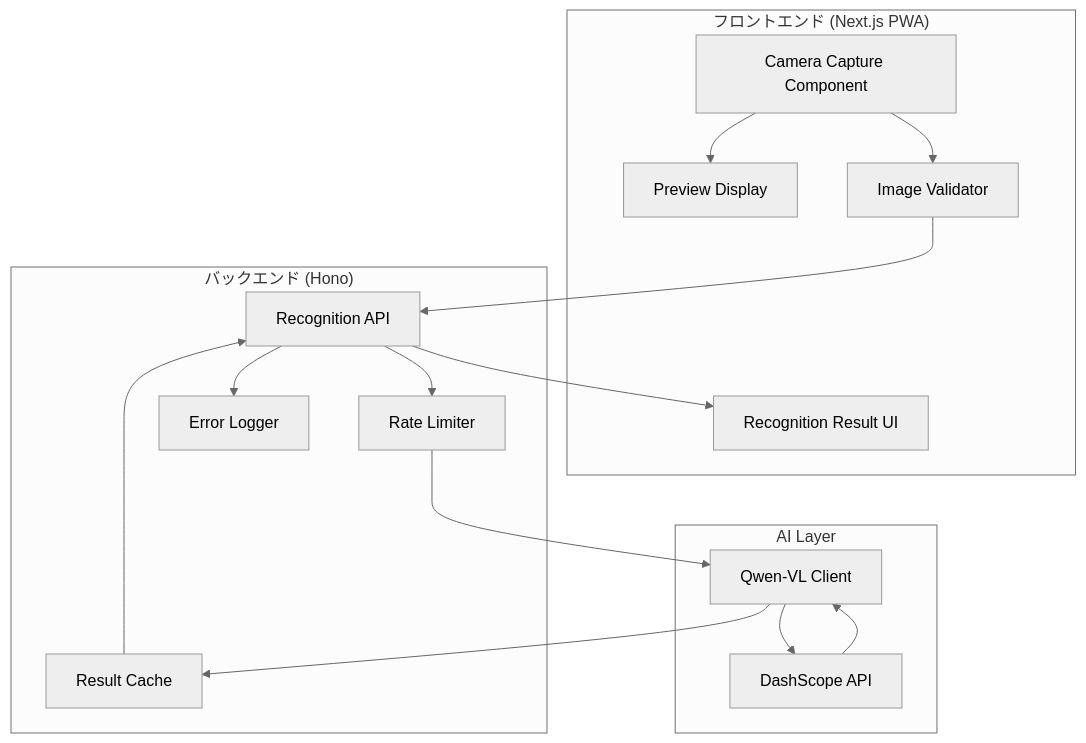
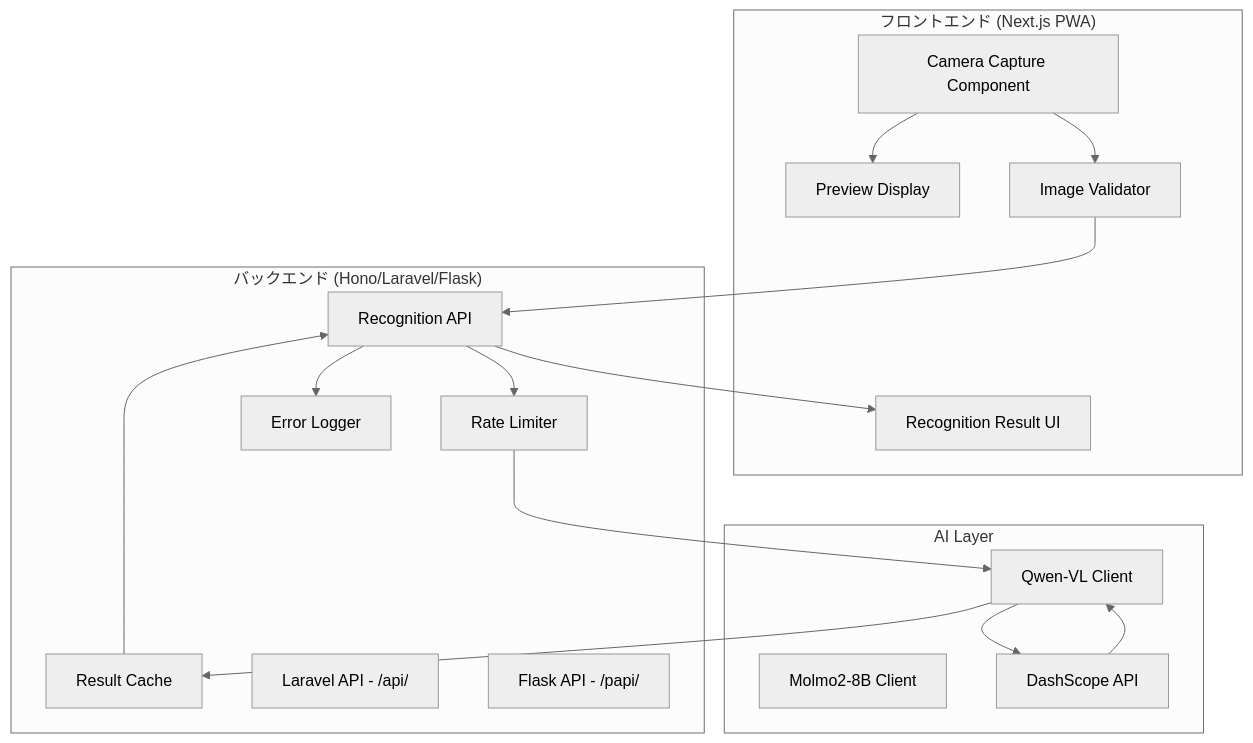
The first of 2 diagrams in .kiro/specs/license-plate-recognition/design.md (mashharuki/car), drawn with Mermaid (neutral theme) before and after one commit. The commit also changed other lines of this file and 4 other files, not shown here.

First line of the commit message:
docs(.kiro): Update architecture with Laravel and Flask backend integration

````diff
--- a/.kiro/specs/license-plate-recognition/design.md
+++ b/.kiro/specs/license-plate-recognition/design.md
@@ -19,33 +19,36 @@
 ```mermaid
 graph TB
     subgraph Frontend["フロントエンド (Next.js PWA)"]
         Camera[Camera Capture Component]
         Preview[Preview Display]
         Validator[Image Validator]
         RecognitionUI[Recognition Result UI]
     end
 
-    subgraph Backend["バックエンド (Hono)"]
+    subgraph Backend["バックエンド (Hono/Laravel/Flask)"]
         API[Recognition API]
         RateLimiter[Rate Limiter]
         Cache[Result Cache]
         Logger[Error Logger]
+        LaravelAPI[Laravel API - /api/]
+        FlaskAPI[Flask API - /papi/]
     end
 
     subgraph AI["AI Layer"]
         QwenClient[Qwen-VL Client]
+        MolmoClient[Molmo2-8B Client]
         DashScope[DashScope API]
     end
 
     Camera --> Preview
     Camera --> Validator
     Validator --> API
     API --> RateLimiter
     RateLimiter --> QwenClient
     QwenClient --> DashScope
     DashScope --> QwenClient
     QwenClient --> Cache
     Cache --> API
     API --> RecognitionUI
     API --> Logger
 ```
````
